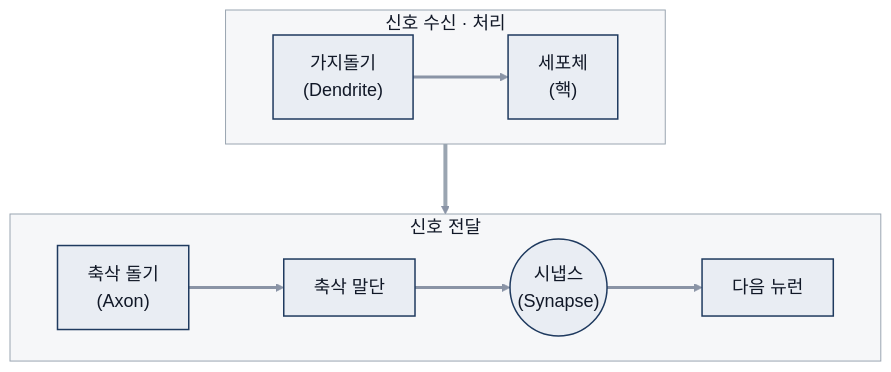
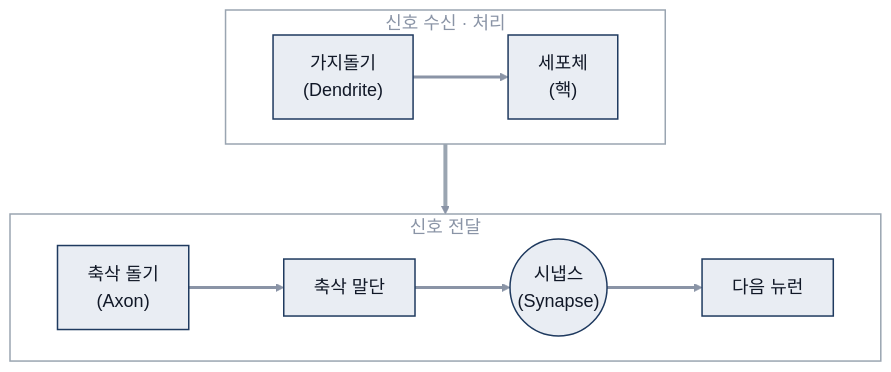
The first of 2 diagrams in study_archive/artificial_intelligence/04_neural_network.md (Jenny5789/python), drawn with Mermaid before and after one commit. The commit also changed other lines of this file and 16 other files, not shown here.

````diff
--- a/study_archive/artificial_intelligence/04_neural_network.md
+++ b/study_archive/artificial_intelligence/04_neural_network.md
@@ -10,18 +10,18 @@
 ```mermaid
 %%{init: {'theme': 'base', 'themeVariables': {'fontSize': '18px', 'primaryColor': '#E9EDF3', 'primaryBorderColor': '#1F3A5F', 'primaryTextColor': '#111827', 'lineColor': '#8A94A6', 'secondaryColor': '#F3F4F6', 'tertiaryColor': '#F3F4F6', 'clusterBkg': '#F6F7F9', 'clusterBorder': '#9AA5B1', 'edgeLabelBackground': '#E9EDF3'}, 'flowchart': {'nodeSpacing': 30, 'rankSpacing': 70}}}%%
 flowchart TD
   classDef default fill:#E9EDF3,stroke:#1F3A5F,stroke-width:1.5px,color:#111827
   linkStyle default stroke:#8A94A6,stroke-width:3px,color:#111827
   subgraph N1["신호 수신 · 처리"]
     direction LR
     A["가지돌기<br/>(Dendrite)"] --> B["세포체<br/>(핵)"]
   end
   subgraph N2["신호 전달"]
     direction LR
     C["축삭 돌기<br/>(Axon)"] --> D["축삭 말단"] --> E(("시냅스<br/>(Synapse)")) --> F["다음 뉴런"]
   end
   N1 --> N2
-  style N1 fill:#F6F7F9,stroke:#9AA5B1,color:#111827
-  style N2 fill:#F6F7F9,stroke:#9AA5B1,color:#111827
+  style N1 fill:none,stroke:#9AA5B1,stroke-width:1.5px,color:#8A94A6
+  style N2 fill:none,stroke:#9AA5B1,stroke-width:1.5px,color:#8A94A6
   linkStyle 4 stroke:#9AA5B1,stroke-width:4px
 ```
````
